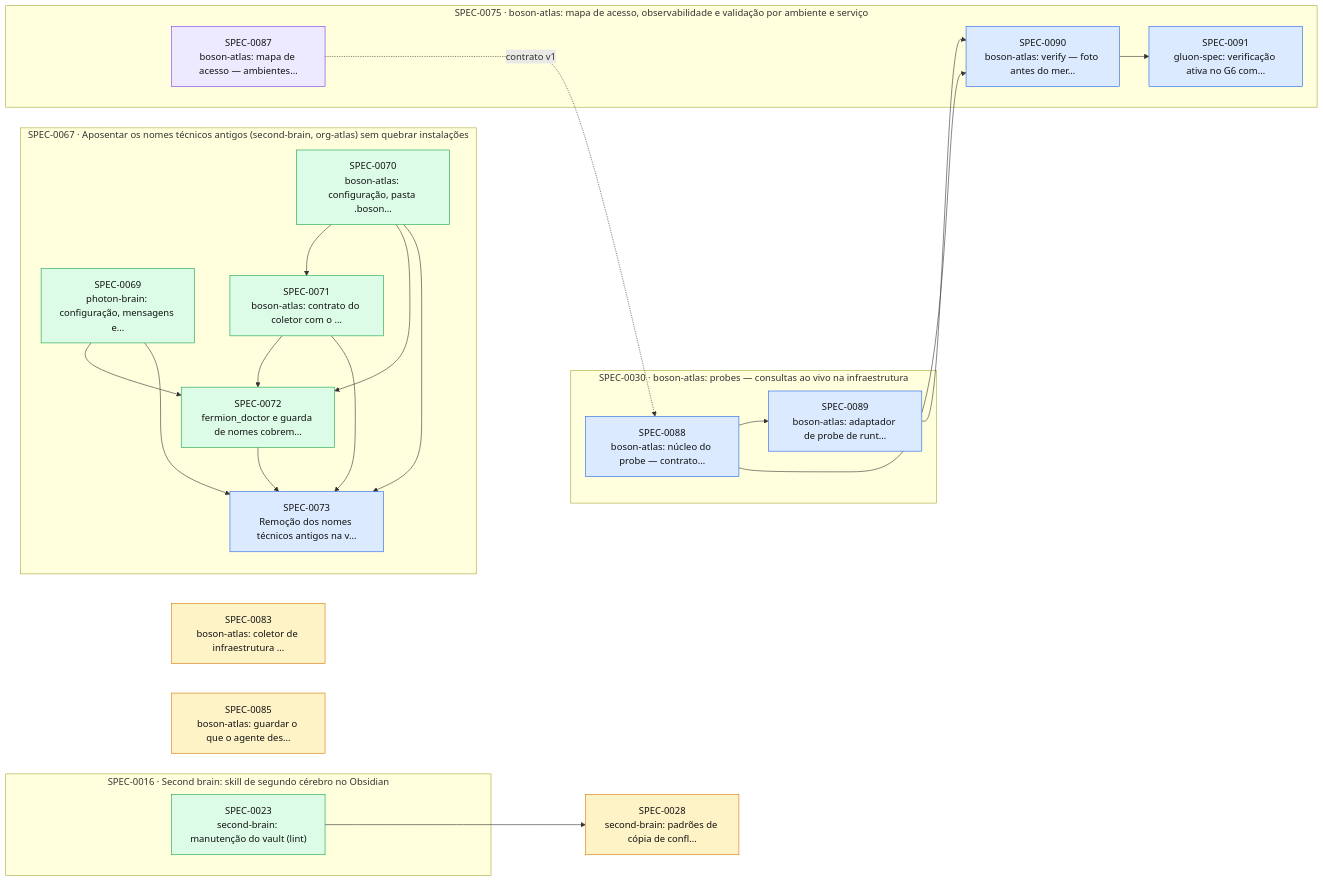
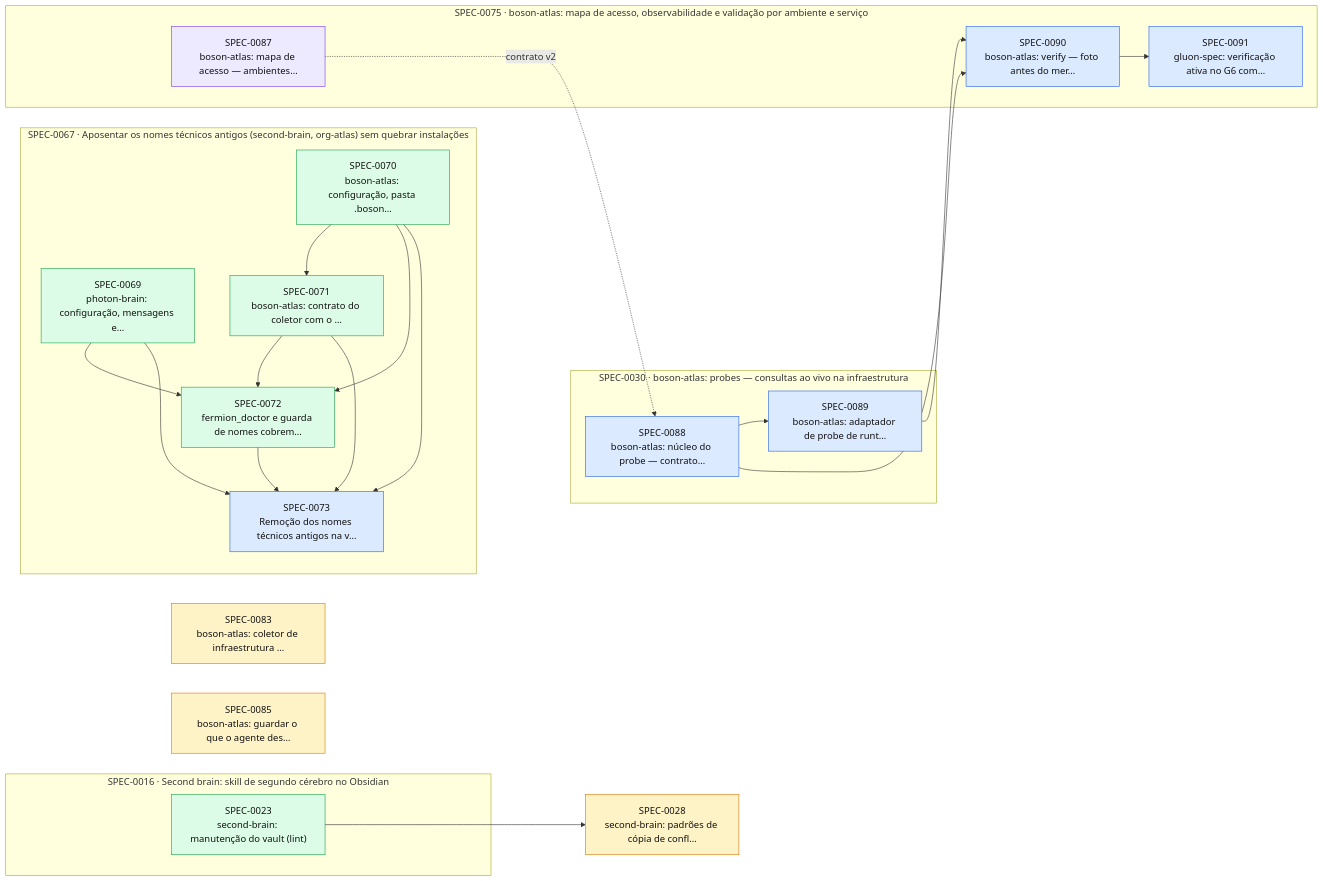
One commit to thomasravache/ai-dev-brain changed the diagram in docs/specs/INDEX.md. Above: the diagram before and after it, drawn with Mermaid. The commit also changed other lines of this file and 2 other files, not shown here.

Commit message:
docs(specs): Emenda v2 da SPEC-0087 (perguntas do test-writer)
Refs: SPEC-0087

````diff
--- a/docs/specs/INDEX.md
+++ b/docs/specs/INDEX.md
@@ -68,44 +68,44 @@
 ```mermaid
 flowchart LR
   S0028["SPEC-0028<br/>second-brain: padrões de cópia de confl…"]:::proposed
   S0083["SPEC-0083<br/>boson-atlas: coletor de infraestrutura …"]:::proposed
   S0085["SPEC-0085<br/>boson-atlas: guardar o que o agente des…"]:::proposed
   subgraph E0016["SPEC-0016 · Second brain: skill de segundo cérebro no Obsidian"]
     S0023["SPEC-0023<br/>second-brain: manutenção do vault (lint)"]:::implemented
   end
   subgraph E0030["SPEC-0030 · boson-atlas: probes — consultas ao vivo na infraestrutura"]
     S0088["SPEC-0088<br/>boson-atlas: núcleo do probe — contrato…"]:::approved
     S0089["SPEC-0089<br/>boson-atlas: adaptador de probe de runt…"]:::approved
   end
   subgraph E0067["SPEC-0067 · Aposentar os nomes técnicos antigos (second-brain, org-atlas) sem quebrar instalações"]
     S0069["SPEC-0069<br/>photon-brain: configuração, mensagens e…"]:::implemented
     S0070["SPEC-0070<br/>boson-atlas: configuração, pasta .boson…"]:::implemented
     S0071["SPEC-0071<br/>boson-atlas: contrato do coletor com o …"]:::implemented
     S0072["SPEC-0072<br/>fermion_doctor e guarda de nomes cobrem…"]:::implemented
     S0073["SPEC-0073<br/>Remoção dos nomes técnicos antigos na v…"]:::approved
   end
   subgraph E0075["SPEC-0075 · boson-atlas: mapa de acesso, observabilidade e validação por ambiente e serviço"]
     S0087["SPEC-0087<br/>boson-atlas: mapa de acesso — ambientes…"]:::inprogress
     S0090["SPEC-0090<br/>boson-atlas: verify — foto antes do mer…"]:::approved
     S0091["SPEC-0091<br/>gluon-spec: verificação ativa no G6 com…"]:::approved
   end
   S0023 --> S0028
   S0070 --> S0071
   S0069 --> S0072
   S0070 --> S0072
   S0071 --> S0072
   S0069 --> S0073
   S0070 --> S0073
   S0071 --> S0073
   S0072 --> S0073
-  S0087 -. contrato v1 .-> S0088
+  S0087 -. contrato v2 .-> S0088
   S0088 --> S0089
   S0088 --> S0090
   S0089 --> S0090
   S0090 --> S0091
   classDef proposed fill:#fef3c7,stroke:#d97706,color:#111
   classDef approved fill:#dbeafe,stroke:#2563eb,color:#111
   classDef inprogress fill:#ede9fe,stroke:#7c3aed,color:#111
   classDef implemented fill:#dcfce7,stroke:#16a34a,color:#111
   classDef deprecated fill:#f3f4f6,stroke:#9ca3af,color:#6b7280
 ```
````
